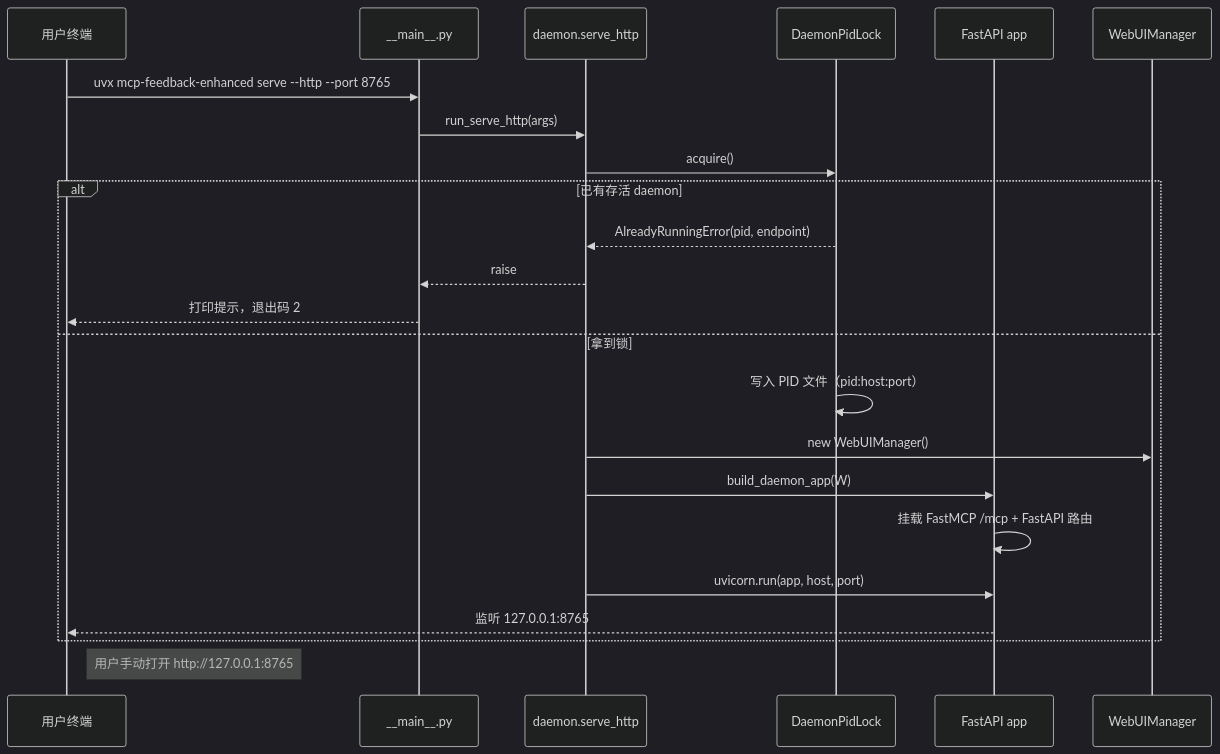
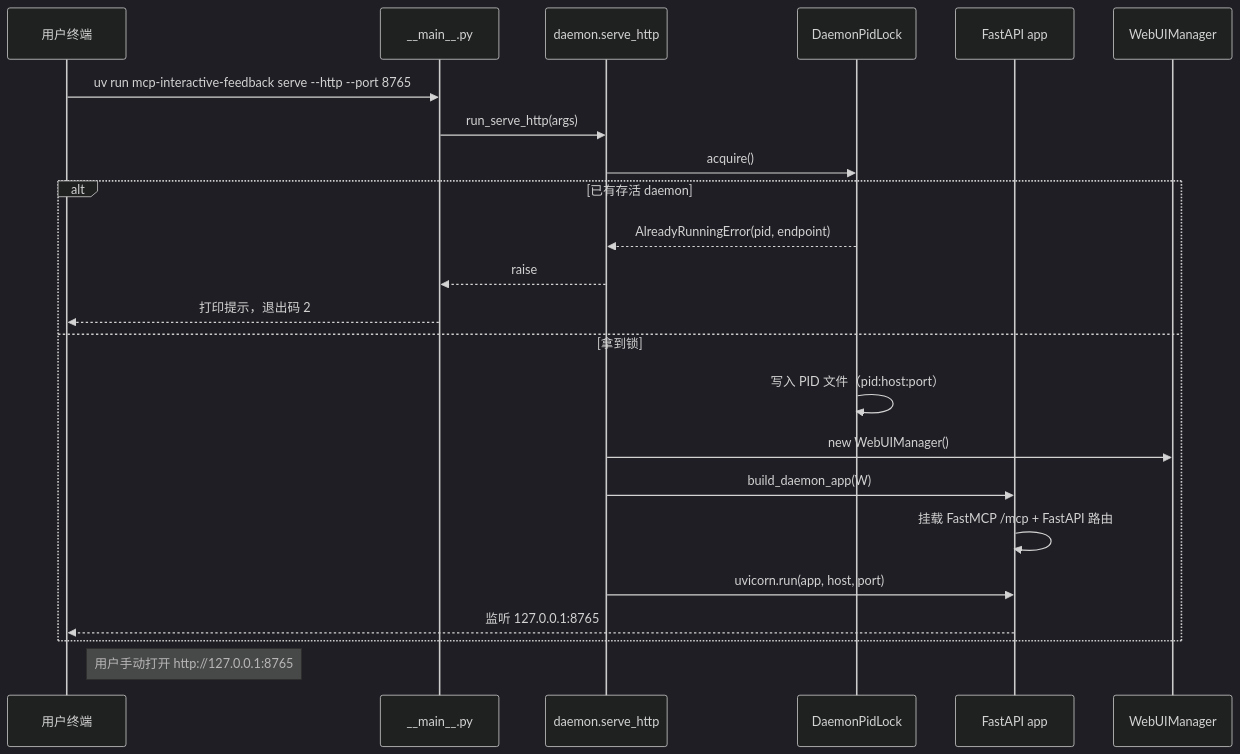
One commit to 0xlane/mcp-interactive-feedback-multi-session changed the first of 9 diagrams in docs/architecture/interaction-flows.md. Above: the diagram before and after it, drawn with Mermaid (dark theme). The commit also changed 19 other files, not shown here.

````diff
--- a/docs/architecture/interaction-flows.md
+++ b/docs/architecture/interaction-flows.md
@@ -11,27 +11,27 @@
 ```mermaid
 sequenceDiagram
     participant U as 用户终端
     participant M as __main__.py
     participant D as daemon.serve_http
     participant L as DaemonPidLock
     participant F as FastAPI app
     participant W as WebUIManager
 
-    U->>M: uvx mcp-feedback-enhanced serve --http --port 8765
+    U->>M: uv run mcp-interactive-feedback serve --http --port 8765
     M->>D: run_serve_http(args)
     D->>L: acquire()
     alt 已有存活 daemon
         L-->>D: AlreadyRunningError(pid, endpoint)
         D-->>M: raise
         M-->>U: 打印提示，退出码 2
     else 拿到锁
         L->>L: 写入 PID 文件（pid:host:port）
         D->>W: new WebUIManager()
         D->>F: build_daemon_app(W)
         F->>F: 挂载 FastMCP /mcp + FastAPI 路由
         D->>F: uvicorn.run(app, host, port)
         F-->>U: 监听 127.0.0.1:8765
     end
 
     Note right of U: 用户手动打开 http://127.0.0.1:8765
 ```
````
